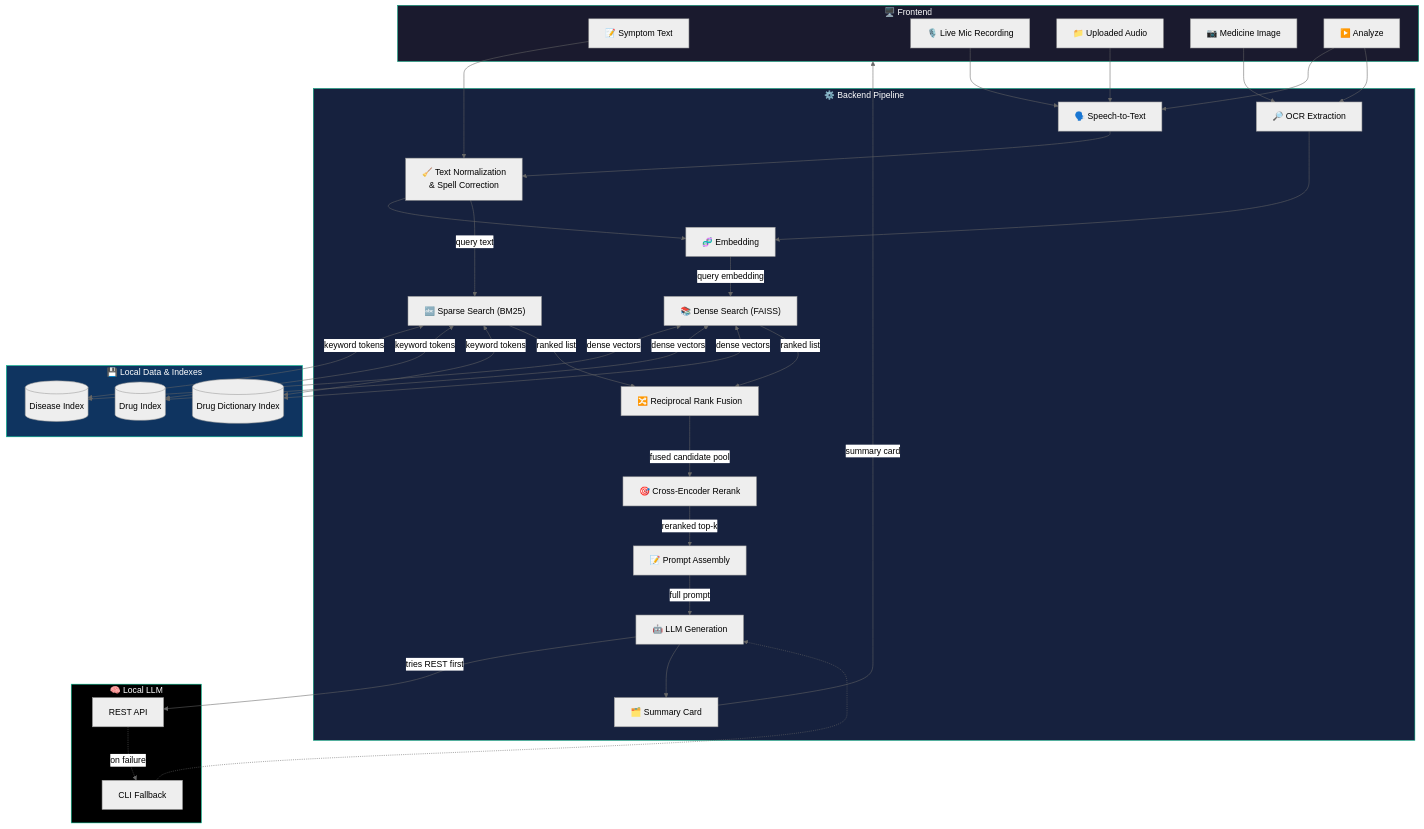
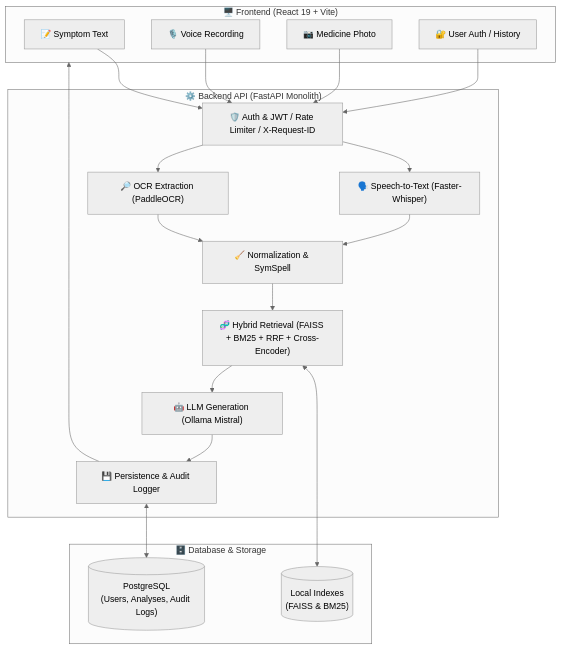
The diagram in README.md (djcode0718/MediscanAI), drawn with Mermaid (neutral theme) before and after one commit. The commit also changed other lines of this file and 74 other files, not shown here.

Commit message:
feat: implement comprehensive backend architecture including authentication, database migration, and rate limiting with associated test suites

````diff
--- a/README.md
+++ b/README.md
@@ -90,68 +59,32 @@
 ```mermaid
 flowchart TB
-    subgraph Client["🖥️ Frontend"]
+    subgraph Client["🖥️ Frontend (React 19 + Vite)"]
         A1["📝 Symptom Text"]
-        A2["🎙️ Live Mic Recording"]
-        A3["📁 Uploaded Audio"]
-        A4["📷 Medicine Image"]
-        A5["▶️ Analyze"]
+        A2["🎙️ Voice Recording"]
+        A3["📷 Medicine Photo"]
+        A4["🔐 User Auth / History"]
     end
 
-    subgraph Backend["⚙️ Backend Pipeline"]
-        B1["🗣️ Speech-to-Text"]
-        B2["🔎 OCR Extraction"]
-        B3["🧹 Text Normalization\n& Spell Correction"]
-        B4["🧬 Embedding"]
-        B5a["📚 Dense Search (FAISS)"]
-        B5b["🔤 Sparse Search (BM25)"]
-        B5c["🔀 Reciprocal Rank Fusion"]
-        B5d["🎯 Cross-Encoder Rerank"]
-        B6["📝 Prompt Assembly"]
-        B7["🤖 LLM Generation"]
-        B8["🗂️ Summary Card"]
+    subgraph Backend["⚙️ Backend API (FastAPI Monolith)"]
+        B0["🛡️ Auth & JWT / Rate Limiter / X-Request-ID"]
+        B1["🗣️ Speech-to-Text (Faster-Whisper)"]
+        B2["🔎 OCR Extraction (PaddleOCR)"]
+        B3["🧹 Normalization & SymSpell"]
+        B4["🧬 Hybrid Retrieval (FAISS + BM25 + RRF + Cross-Encoder)"]
+        B5["🤖 LLM Generation (Ollama Mistral)"]
+        B6["💾 Persistence & Audit Logger"]
     end
 
-    subgraph Store["💾 Local Data & Indexes"]
-        D1[("Disease Index")]
-        D2[("Drug Index")]
-        D3[("Drug Dictionary Index")]
+    subgraph Storage["🗄️ Database & Storage"]
+        DB[("PostgreSQL\n(Users, Analyses, Audit Logs)")]
+        IDX[("Local Indexes\n(FAISS & BM25)")]
     end
 
-    subgraph LLM["🧠 Local LLM"]
-        L1["REST API"]
-        L2["CLI Fallback"]
-    end
-
-    A2 --> B1
-    A3 --> B1
-    A4 --> B2
-    A1 --> B3
-    B1 --> B3
-    B2 --> B4
-    B3 --> B4
-    B4 -->|"query embedding"| B5a
-    B3 -->|"query text"| B5b
-    B5a <-->|"dense vectors"| D1
-    B5a <-->|"dense vectors"| D2
-    B5a <-->|"dense vectors"| D3
-    B5b <-->|"keyword tokens"| D1
-    B5b <-->|"keyword tokens"| D2
-    B5b <-->|"keyword tokens"| D3
-    B5a -->|"ranked list"| B5c
-    B5b -->|"ranked list"| B5c
-    B5c -->|"fused candidate pool"| B5d
-    B5d -->|"reranked top-k"| B6
-    B6 -->|"full prompt"| B7
-    B7 -->|"tries REST first"| L1
-    L1 -.->|"on failure"| L2
-    L2 -.-> B7
-    B7 --> B8
-    A5 --> B1
-    A5 --> B2
-    B8 -->|"summary card"| Client
-
-    style Client fill:#1a1a2e,stroke:#00A67E,color:#fff
-    style Backend fill:#16213e,stroke:#00A67E,color:#fff
-    style Store fill:#0f3460,stroke:#00C896,color:#fff
-    style LLM fill:#000000,stroke:#00C896,color:#fff
+    A1 & A2 & A3 & A4 --> B0
+    B0 --> B1 & B2 --> B3 --> B4
+    B4 <--> IDX
+    B4 --> B5
+    B5 --> B6
+    B6 <--> DB
+    B6 --> Client
 ```
````
